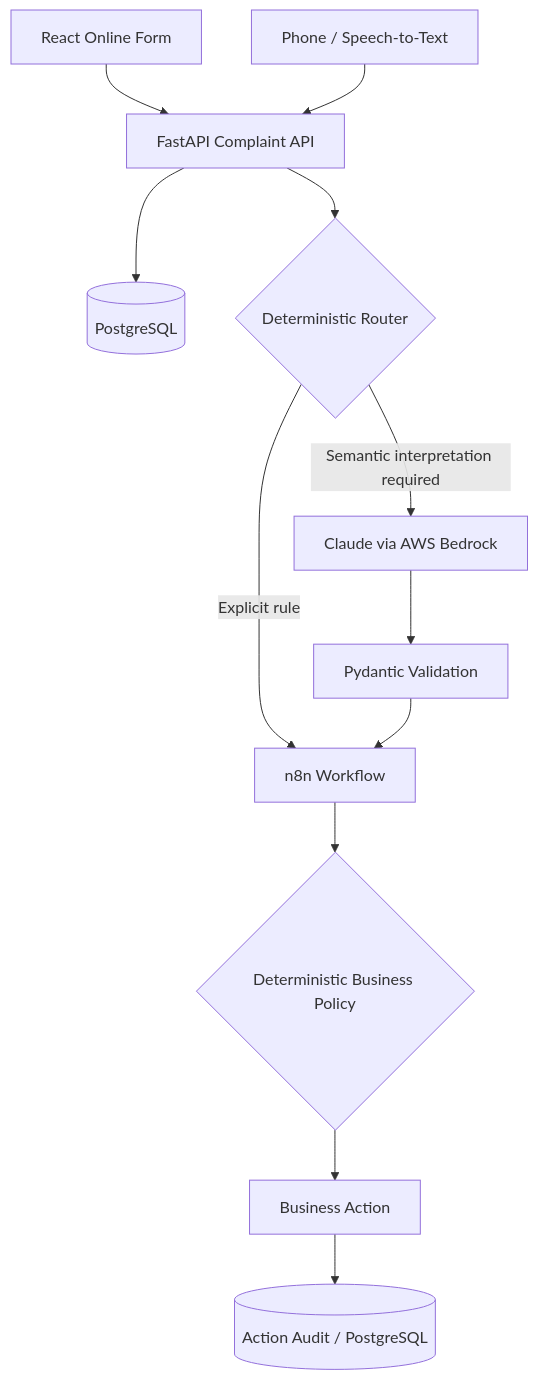
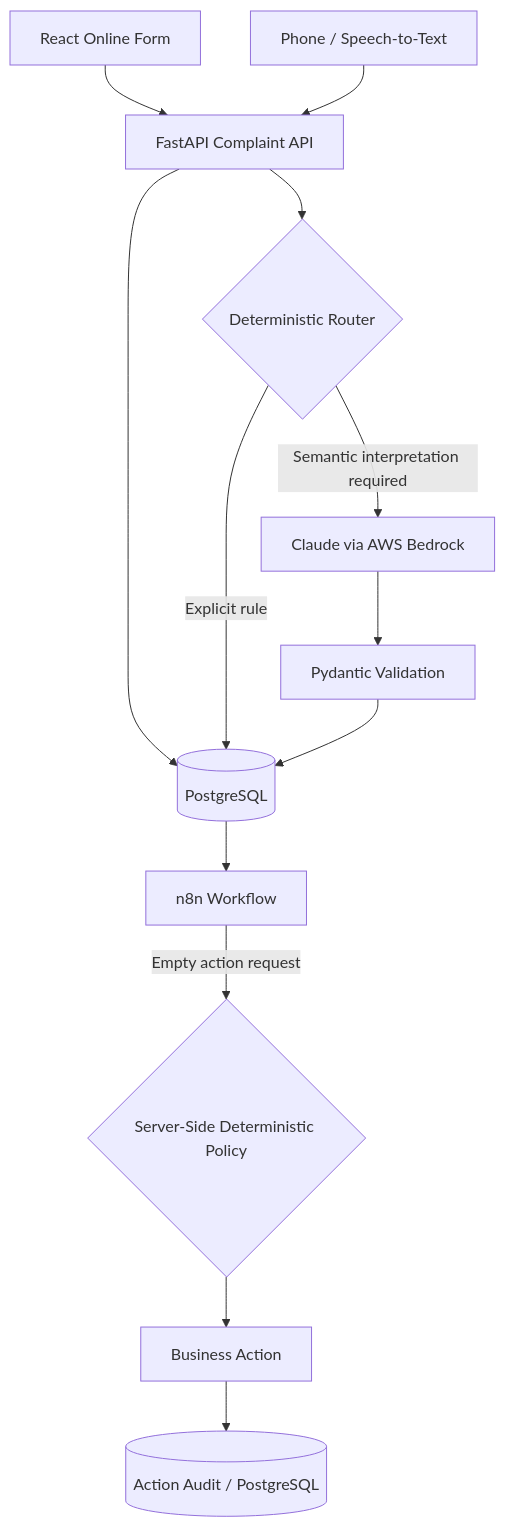
Before and after one commit to svempeny-gpsw/ai-complaint-orchestrator: the diagram in README.md, drawn with Mermaid. The commit also changed other lines of this file and 2 other files, not shown here.

````diff
--- a/README.md
+++ b/README.md
@@ -21,30 +21,31 @@
 ```mermaid
 flowchart TD
     ONLINE[React Online Form]
     PHONE[Phone / Speech-to-Text]
     API[FastAPI Complaint API]
     DB[(PostgreSQL)]
     ROUTER{Deterministic Router}
     CLAUDE[Claude via AWS Bedrock]
     VALIDATE[Pydantic Validation]
     N8N[n8n Workflow]
-    POLICY{Deterministic Business Policy}
+    POLICY{Server-Side Deterministic Policy}
     ACTION[Business Action]
     ACTIONDB[(Action Audit / PostgreSQL)]
 
     ONLINE --> API
     PHONE --> API
 
     API --> DB
     API --> ROUTER
 
-    ROUTER -->|Explicit rule| N8N
+    ROUTER -->|Explicit rule| DB
     ROUTER -->|Semantic interpretation required| CLAUDE
 
     CLAUDE --> VALIDATE
-    VALIDATE --> N8N
+    VALIDATE --> DB
 
-    N8N --> POLICY
+    DB --> N8N
+    N8N -->|Empty action request| POLICY
     POLICY --> ACTION
     ACTION --> ACTIONDB
 ```
````
